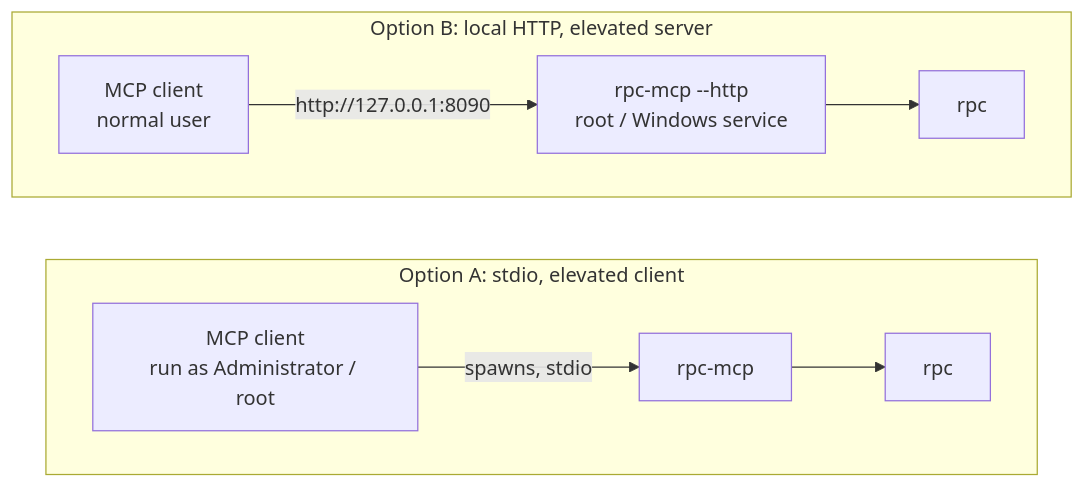
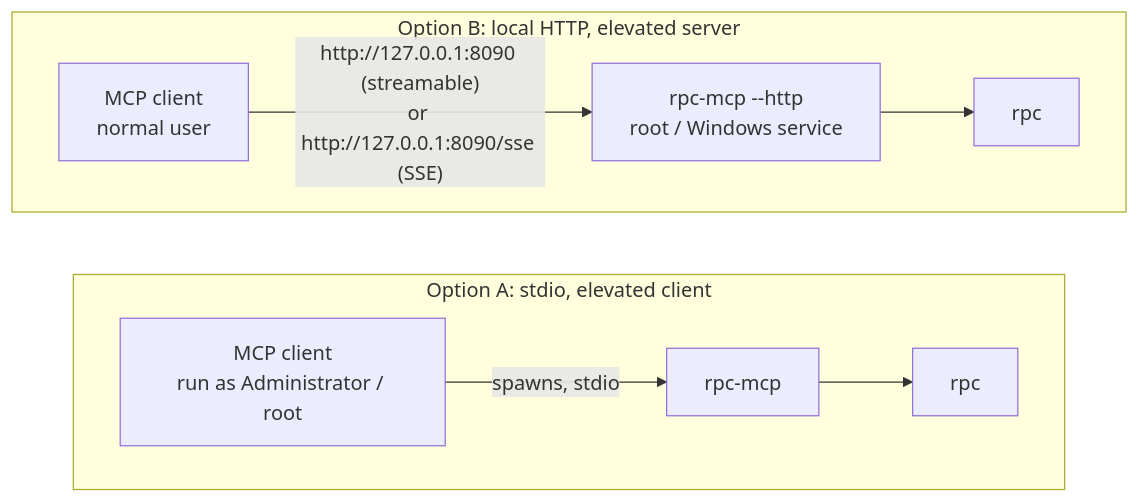
Before and after one commit to device-management-toolkit/rpc-go: the eighth of 8 diagrams in mcp/docs/ARCHITECTURE.md, drawn with Mermaid. The commit also changed other lines of this file and 16 other files, not shown here.

````diff
--- a/mcp/docs/ARCHITECTURE.md
+++ b/mcp/docs/ARCHITECTURE.md
@@ -314,12 +373,12 @@
 ```mermaid
 flowchart LR
     subgraph optA["Option A: stdio, elevated client"]
         direction LR
         ca["MCP client<br/>run as Administrator / root"] -->|"spawns, stdio"| ma["rpc-mcp"] --> ra["rpc"]
     end
 
     subgraph optB["Option B: local HTTP, elevated server"]
         direction LR
-        cb["MCP client<br/>normal user"] -->|"http://127.0.0.1:8090"| mb["rpc-mcp --http<br/>root / Windows service"] --> rb["rpc"]
+        cb["MCP client<br/>normal user"] -->|"http://127.0.0.1:8090 (streamable)<br/>or http://127.0.0.1:8090/sse (SSE)"| mb["rpc-mcp --http<br/>root / Windows service"] --> rb["rpc"]
     end
 ```
````
